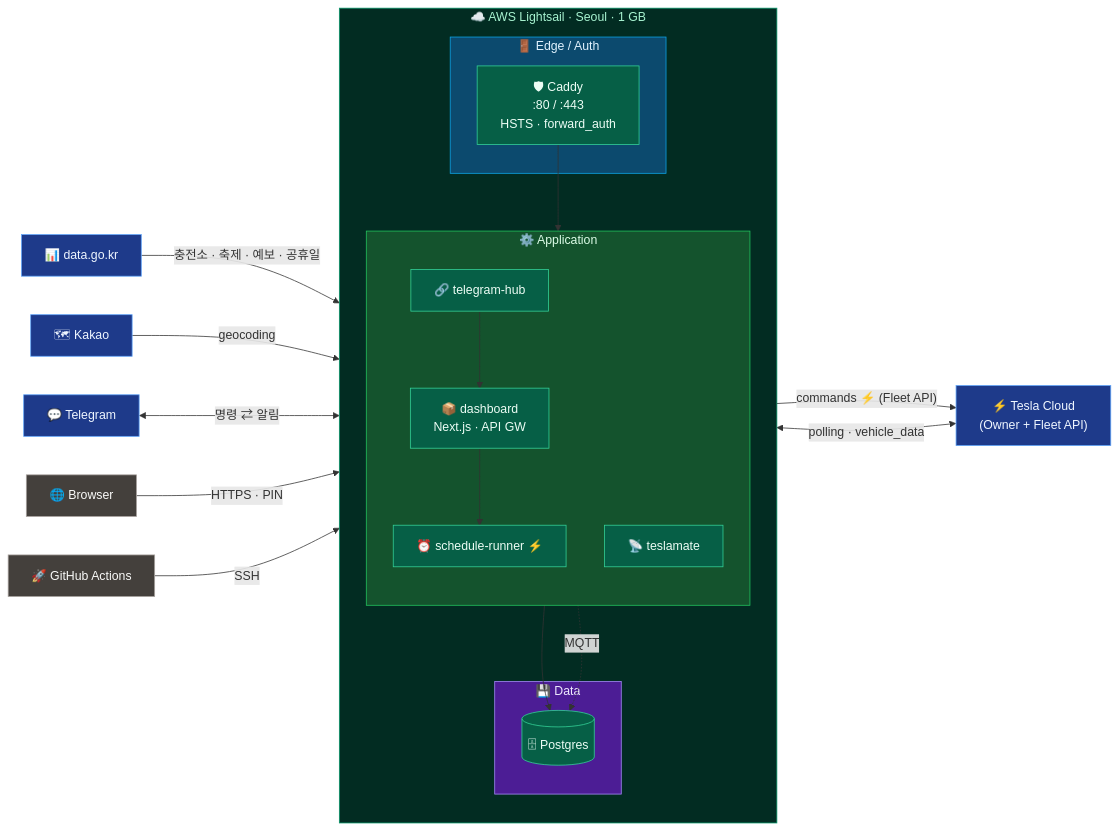
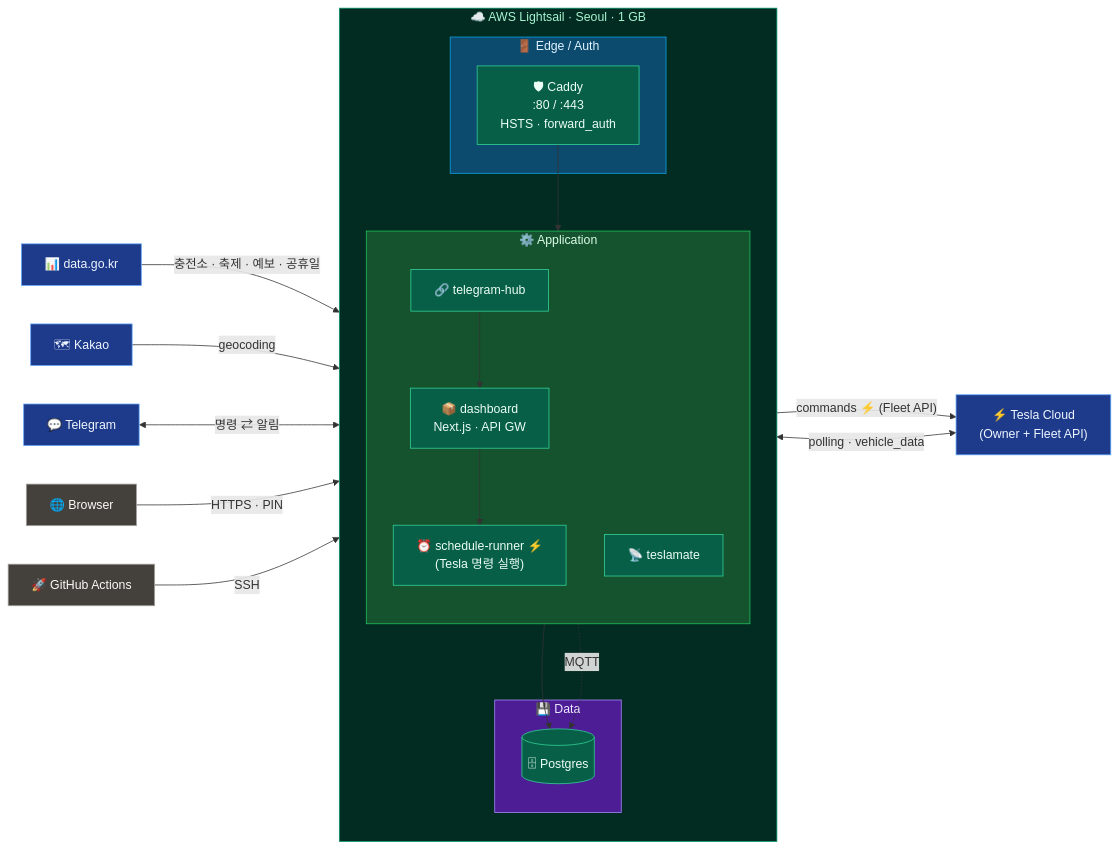
One commit to ComMslee/myDash changed the diagram in README.md. Above: the diagram before and after it, drawn with Mermaid.

Commit message:
docs(readme): schedule-runner 라벨에 'Tesla 명령 실행' 명시
⚡ 아이콘만으론 Tesla Fleet API 호출자임이 한눈에 안 보여
'(Tesla 명령 실행)' 부제 추가.

````diff
--- a/README.md
+++ b/README.md
@@ -18,54 +18,54 @@
 ```mermaid
 flowchart LR
     Tesla["⚡ Tesla Cloud<br/>(Owner + Fleet API)"]
     Gov["📊 data.go.kr"]
     Kakao["🗺 Kakao"]
     TG["💬 Telegram"]
     Browser["🌐 Browser"]
     GHA["🚀 GitHub Actions"]
 
     subgraph LS["☁️ AWS Lightsail · Seoul · 1 GB"]
         direction TB
 
         subgraph Edge["🚪 Edge / Auth"]
             Caddy["🛡 Caddy<br/>:80 / :443<br/>HSTS · forward_auth"]
         end
 
         subgraph App["⚙️ Application"]
             direction TB
             Dashboard["📦 dashboard<br/>Next.js · API GW"]
-            Scheduler["⏰ schedule-runner ⚡"]
+            Scheduler["⏰ schedule-runner ⚡<br/>(Tesla 명령 실행)"]
             Hub["🔗 telegram-hub"]
             TM["📡 teslamate"]
         end
 
         subgraph Data["💾 Data"]
             DB[("🗄 Postgres")]
         end
 
         Caddy --> Dashboard
         Dashboard --> Scheduler
         Hub --> Dashboard
         Dashboard --> DB
         TM -. MQTT .-> DB
     end
 
     Tesla   <-->|"polling · vehicle_data"| TM
     Scheduler -->|"commands ⚡ (Fleet API)"| Tesla
     Gov     -->|"충전소 · 축제 · 예보 · 공휴일"| Dashboard
     Kakao   -->|"geocoding"| Dashboard
     TG      <-->|"명령 ⇄ 알림"| Hub
     Browser -->|"HTTPS · PIN"| Caddy
     GHA     -->|"SSH"| Caddy
 
     classDef ext fill:#1e3a8a,stroke:#60a5fa,color:#eff6ff
     classDef ls fill:#065f46,stroke:#34d399,color:#ecfdf5
     classDef cli fill:#44403c,stroke:#a8a29e,color:#fafaf9
     class Tesla,Gov,Kakao,TG ext
     class Caddy,Dashboard,Scheduler,Hub,TM,DB ls
     class Browser,GHA cli
     style LS fill:#022c22,stroke:#059669,color:#a7f3d0
     style Edge fill:#0c4a6e,stroke:#0ea5e9,color:#e0f2fe
     style App fill:#14532d,stroke:#22c55e,color:#dcfce7
     style Data fill:#4c1d95,stroke:#a78bfa,color:#ede9fe
 ```
````
